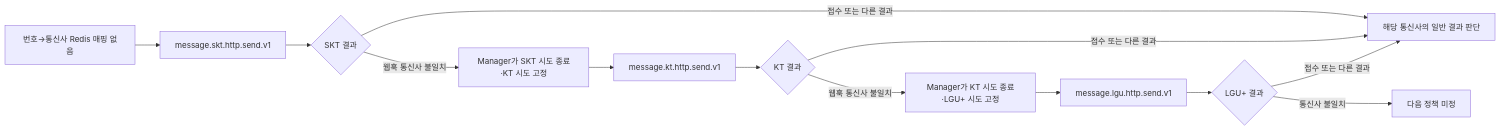
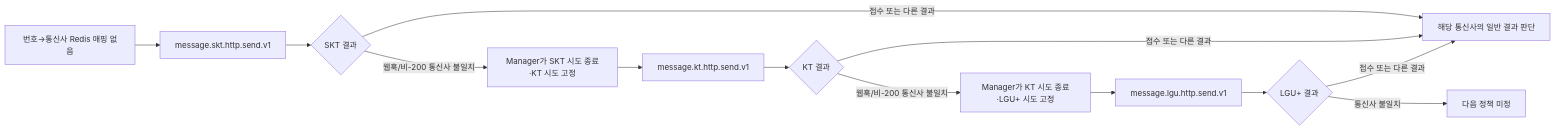
The fifth of 10 diagrams in docs/53-신규-메시지-케이스별-Call-Flow.md (hyun-seung/High-throughput-event-platform), drawn with Mermaid before and after one commit. The commit also changed other lines of this file and 7 other files, not shown here.

````diff
--- a/docs/53-신규-메시지-케이스별-Call-Flow.md
+++ b/docs/53-신규-메시지-케이스별-Call-Flow.md
@@ -145,15 +145,15 @@
 ```mermaid
 flowchart LR
     N[번호→통신사 Redis 매핑 없음] --> S[message.skt.http.send.v1]
     S --> R1{SKT 결과}
-    R1 -->|웹훅 통신사 불일치| M1[Manager가 SKT 시도 종료·KT 시도 고정]
+    R1 -->|웹훅/비-200 통신사 불일치| M1[Manager가 SKT 시도 종료·KT 시도 고정]
     M1 --> K[message.kt.http.send.v1]
     K --> R2{KT 결과}
-    R2 -->|웹훅 통신사 불일치| M2[Manager가 KT 시도 종료·LGU+ 시도 고정]
+    R2 -->|웹훅/비-200 통신사 불일치| M2[Manager가 KT 시도 종료·LGU+ 시도 고정]
     M2 --> L[message.lgu.http.send.v1]
     L --> R3{LGU+ 결과}
     R1 -->|접수 또는 다른 결과| J[해당 통신사의 일반 결과 판단]
     R2 -->|접수 또는 다른 결과| J
     R3 -->|접수 또는 다른 결과| J
     R3 -->|통신사 불일치| U[다음 정책 미정]
 ```
````
